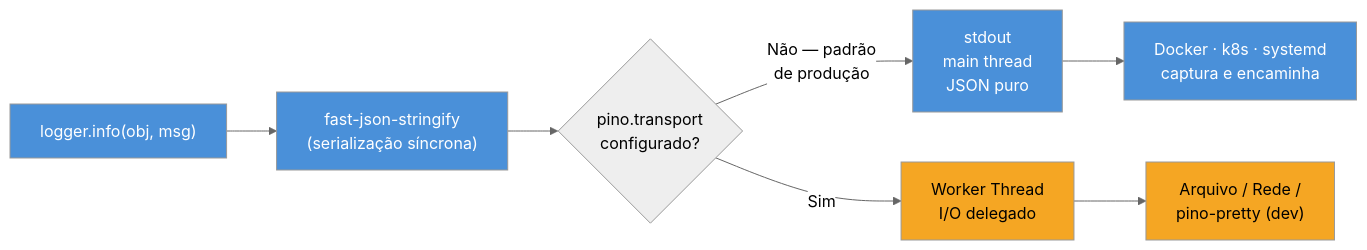
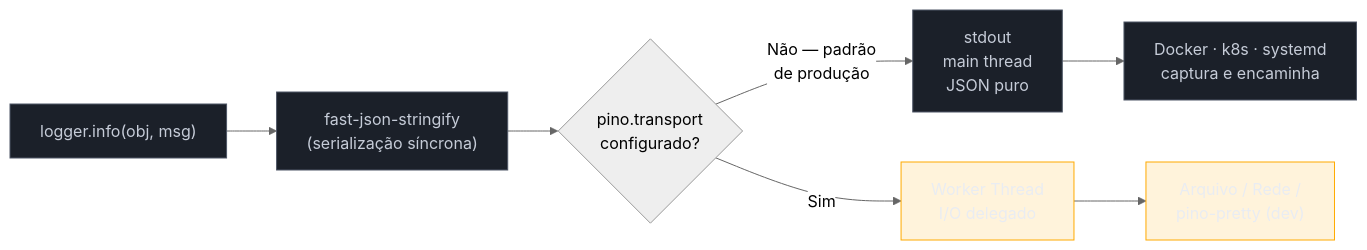
One commit to josenaldo/codex-technomanticus changed the diagram in 03-Dominios/Tecnologia/Node/Observability e produção/02 - Logging estruturado com pino.md. Above: the diagram before and after it, drawn with Mermaid (neutral theme). The commit also changed 1181 other files, not shown here.

First line of the commit message:
fix(diagramas): paleta do sistema no lugar de cor cravada no markdown

````diff
--- a/03-Dominios/Tecnologia/Node/Observability e produção/02 - Logging estruturado com pino.md
+++ b/03-Dominios/Tecnologia/Node/Observability e produção/02 - Logging estruturado com pino.md
@@ -71,16 +71,18 @@
 ```mermaid
 flowchart LR
+    classDef neutro fill:#1B2029,stroke:#4E5666,color:#C6CCD8
+    classDef destaque fill:#FFAA0024,stroke:#FFAA00,color:#E9ECF2
     A["logger.info(obj, msg)"] --> B["fast-json-stringify\n(serialização síncrona)"]
     B --> C{pino.transport\nconfigurado?}
     C -->|"Não — padrão\nde produção"| D["stdout\nmain thread\nJSON puro"]
     C -->|"Sim"| E["Worker Thread\nI/O delegado"]
     E --> F["Arquivo / Rede /\npino-pretty (dev)"]
     D --> G["Docker · k8s · systemd\ncaptura e encaminha"]
 
-    style A fill:#4A90D9,color:#fff
-    style B fill:#4A90D9,color:#fff
-    style E fill:#F5A623,color:#000
-    style F fill:#F5A623,color:#000
-    style D fill:#4A90D9,color:#fff
-    style G fill:#4A90D9,color:#fff
+    class A neutro
+    class B neutro
+    class E destaque
+    class F destaque
+    class D neutro
+    class G neutro
 ```
````
